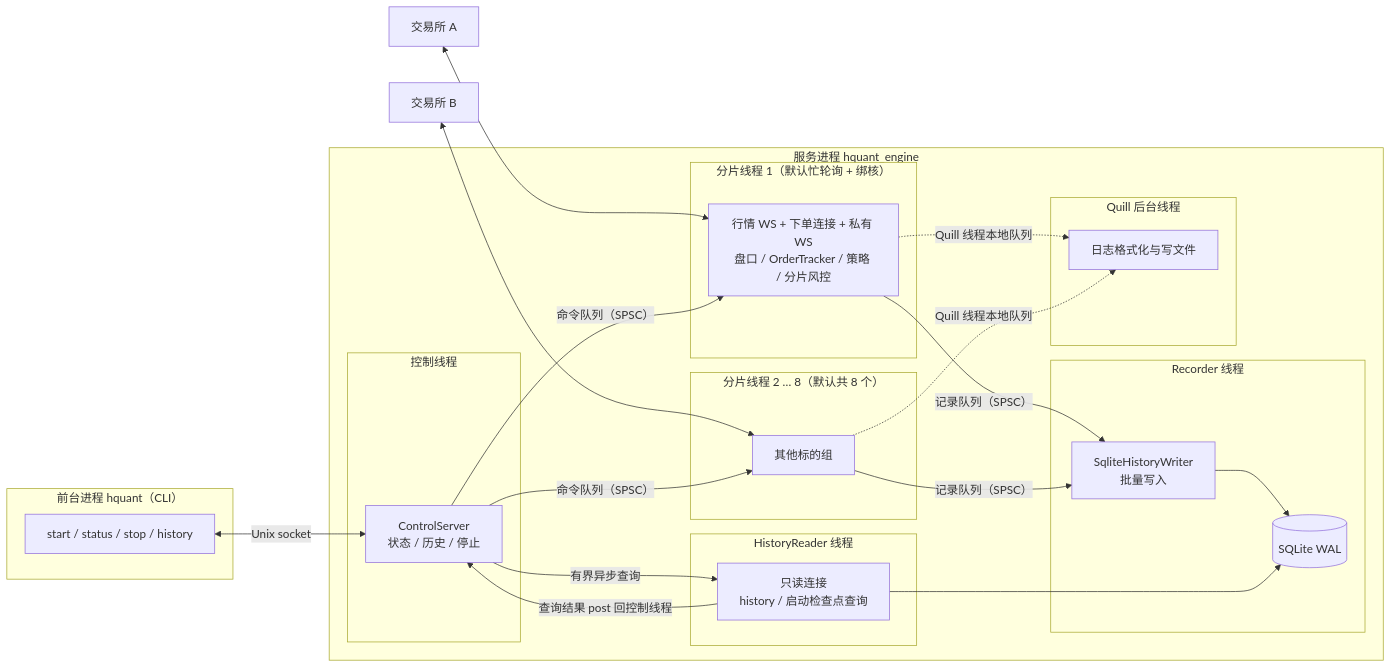
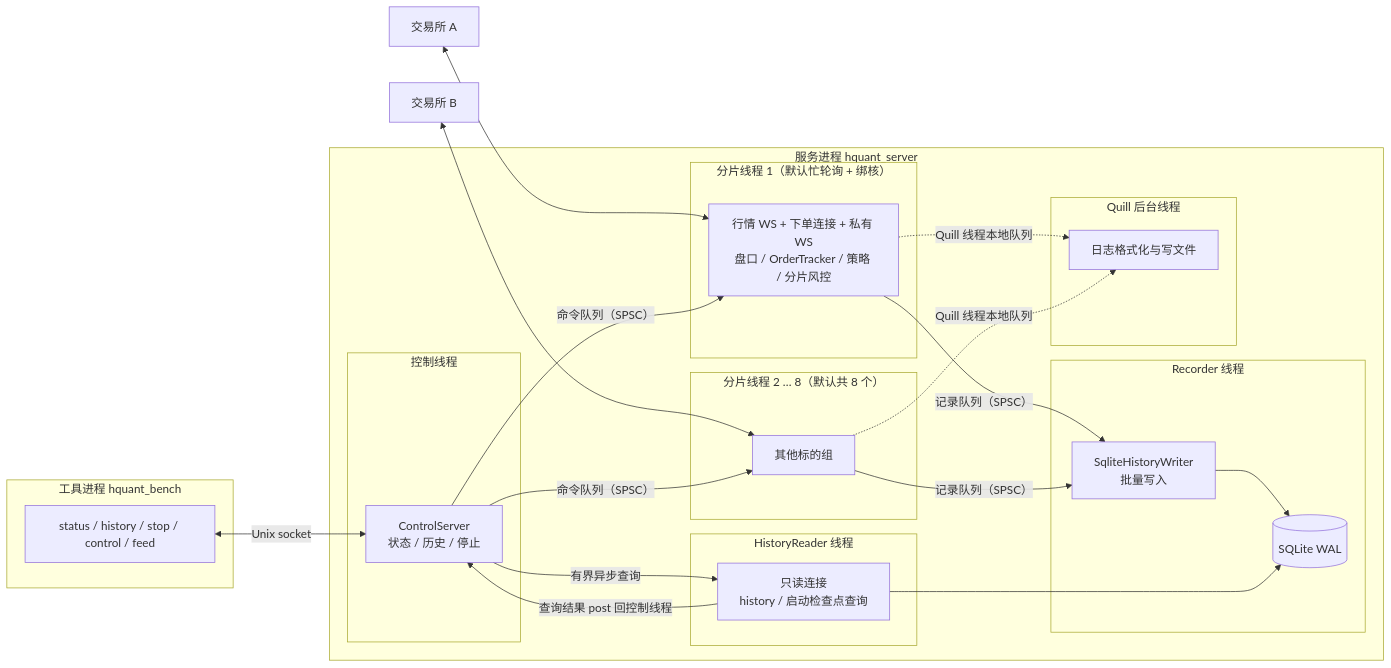
Before and after one commit to larrystd/hbot-quant: the second of 12 diagrams in docs/ARCHITECTURE.md, drawn with Mermaid. The commit also changed other lines of this file and 57 other files, not shown here.

First line of the commit message:
feat: move control and feed benchmarks onto Asio

````diff
--- a/docs/ARCHITECTURE.md
+++ b/docs/ARCHITECTURE.md
@@ -36,42 +36,42 @@
 ```mermaid
 flowchart LR
-    subgraph FRONT["前台进程 hquant（CLI）"]
-        CLI["start / status / stop / history"]
+    subgraph FRONT["工具进程 hquant_bench"]
+        CLI["status / history / stop / control / feed"]
     end
 
-    subgraph ENGINE["服务进程 hquant_engine"]
+    subgraph ENGINE["服务进程 hquant_server"]
         subgraph S1["分片线程 1（默认忙轮询 + 绑核）"]
             SH1["行情 WS + 下单连接 + 私有 WS<br/>盘口 / OrderTracker / 策略 / 分片风控"]
         end
         subgraph S2["分片线程 2 … 8（默认共 8 个）"]
             SH2["其他标的组"]
         end
         subgraph CTRL["控制线程"]
             CONTROL["ControlServer<br/>状态 / 历史 / 停止"]
         end
         subgraph REC["Recorder 线程"]
             RECORDER["SqliteHistoryWriter<br/>批量写入"]
             DB[("SQLite WAL")]
         end
         subgraph HIST["HistoryReader 线程"]
             READER["只读连接<br/>history / 启动检查点查询"]
         end
         subgraph LOGT["Quill 后台线程"]
             QUILL["日志格式化与写文件"]
         end
     end
 
     VENUE1["交易所 A"] <--> SH1
     VENUE2["交易所 B"] <--> SH2
     CLI <-->|"Unix socket"| CONTROL
     CONTROL -->|"命令队列（SPSC）"| SH1
     CONTROL -->|"命令队列（SPSC）"| SH2
     SH1 -->|"记录队列（SPSC）"| RECORDER
     SH2 -->|"记录队列（SPSC）"| RECORDER
     RECORDER --> DB
     CONTROL -->|"有界异步查询"| READER
     READER --> DB
     READER -->|"查询结果 post 回控制线程"| CONTROL
     SH1 -.->|"Quill 线程本地队列"| QUILL
     SH2 -.->|"Quill 线程本地队列"| QUILL
 ```
````
